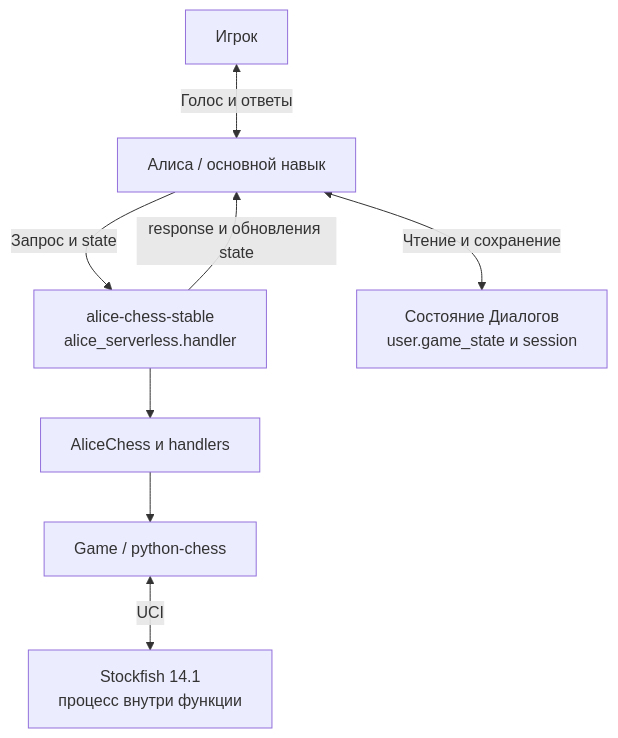
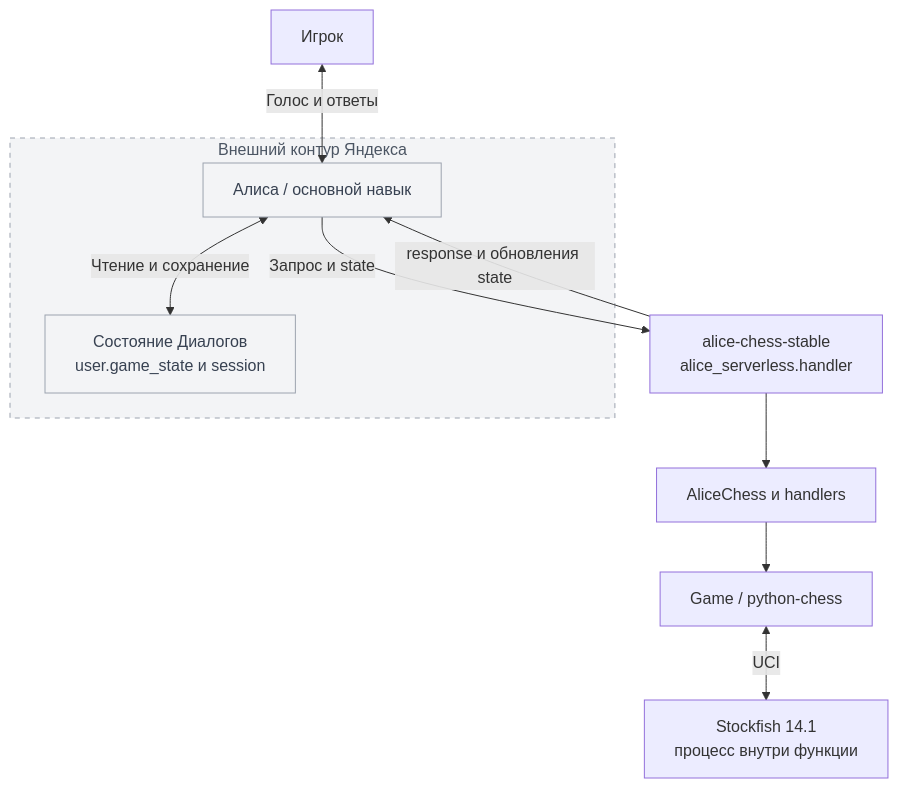
One commit to axtrace/alisa_chess changed the second of 3 diagrams in docs/readme.md. Above: the diagram before and after it, drawn with Mermaid. The commit also changed other lines of this file, not shown here.

Commit message:
docs: mark Dialogs state as an external platform component

````diff
--- a/docs/readme.md
+++ b/docs/readme.md
@@ -81,10 +82,18 @@
 ```mermaid
 flowchart TB
-    U["Игрок"] <-->|Голос и ответы| D["Алиса / основной навык"]
+    U["Игрок"]
+    subgraph PLATFORM["Внешний контур Яндекса"]
+        D["Алиса / основной навык"]
+        S["Состояние Диалогов<br/>user.game_state и session"]
+        D <-->|Чтение и сохранение| S
+    end
+    U <-->|Голос и ответы| D
     D -->|Запрос и state| F["alice-chess-stable<br/>alice_serverless.handler"]
     F --> C["AliceChess и handlers"]
     C --> G["Game / python-chess"]
     G <-->|UCI| E["Stockfish 14.1<br/>процесс внутри функции"]
     F -->|response и обновления state| D
-    D <-->|Чтение и сохранение| S["Состояние Диалогов<br/>user.game_state и session"]
+    style PLATFORM fill:#f3f4f6,stroke:#9ca3af,stroke-dasharray:5 5,color:#4b5563
+    classDef external fill:#f3f4f6,stroke:#9ca3af,color:#374151
+    class D,S external
 ```
````
